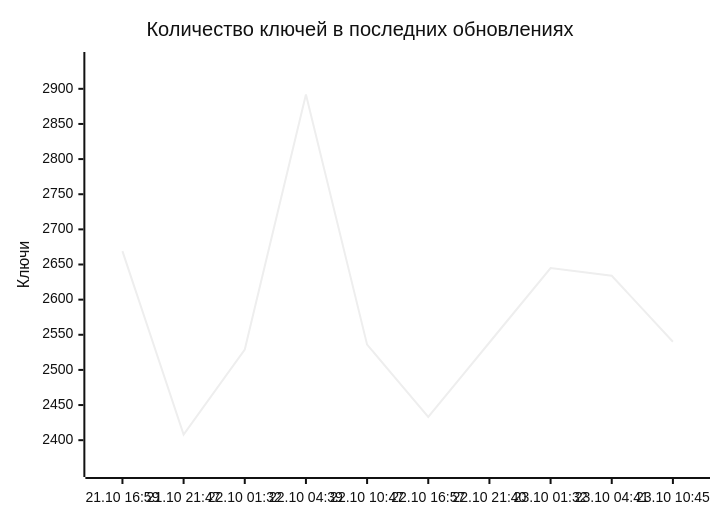
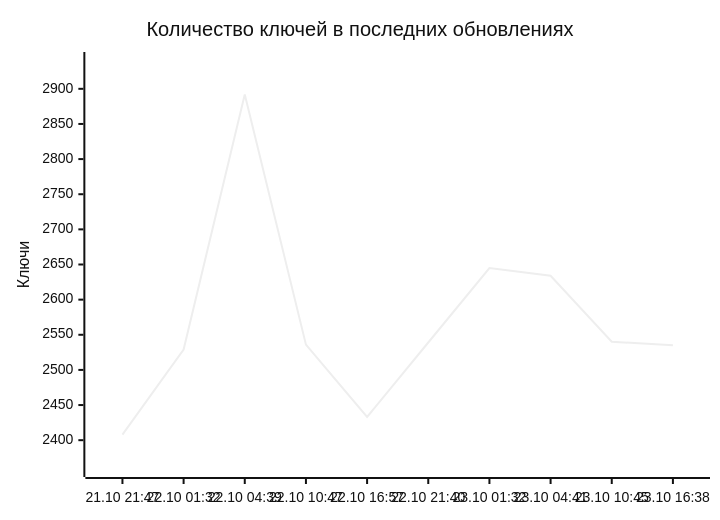
Before and after one commit to markKikhtenko/WireVeil: the diagram in README.md, drawn with Mermaid (neutral theme). The commit also changed other lines of this file and 12 other files, not shown here.

````diff
--- a/README.md
+++ b/README.md
@@ -55,7 +55,7 @@
 ```mermaid
 xychart-beta
     title "Количество ключей в последних обновлениях"
-    x-axis ["21.10 16:59", "21.10 21:47", "22.10 01:32", "22.10 04:39", "22.10 10:47", "22.10 16:57", "22.10 21:40", "23.10 01:32", "23.10 04:41", "23.10 10:45"]
+    x-axis ["21.10 21:47", "22.10 01:32", "22.10 04:39", "22.10 10:47", "22.10 16:57", "22.10 21:40", "23.10 01:32", "23.10 04:41", "23.10 10:45", "23.10 16:38"]
     y-axis "Ключи" 2359 --> 2941
-    line [2669, 2408, 2529, 2892, 2536, 2433, 2539, 2645, 2634, 2540]
+    line [2408, 2529, 2892, 2536, 2433, 2539, 2645, 2634, 2540, 2535]
 ```
````
